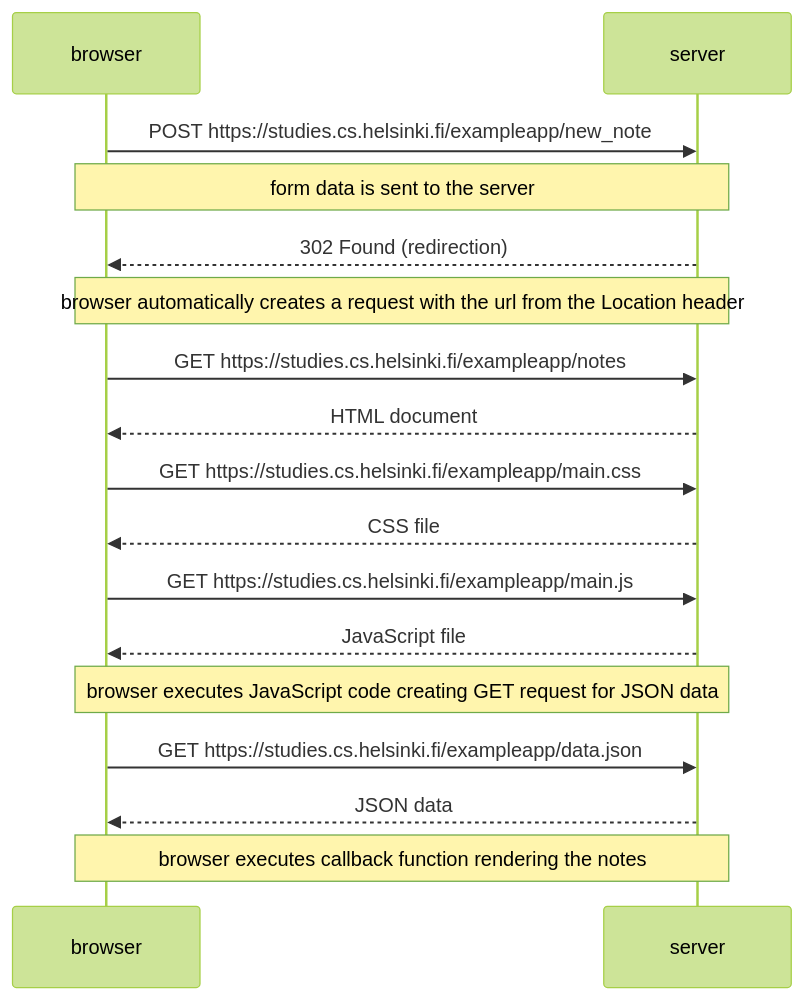
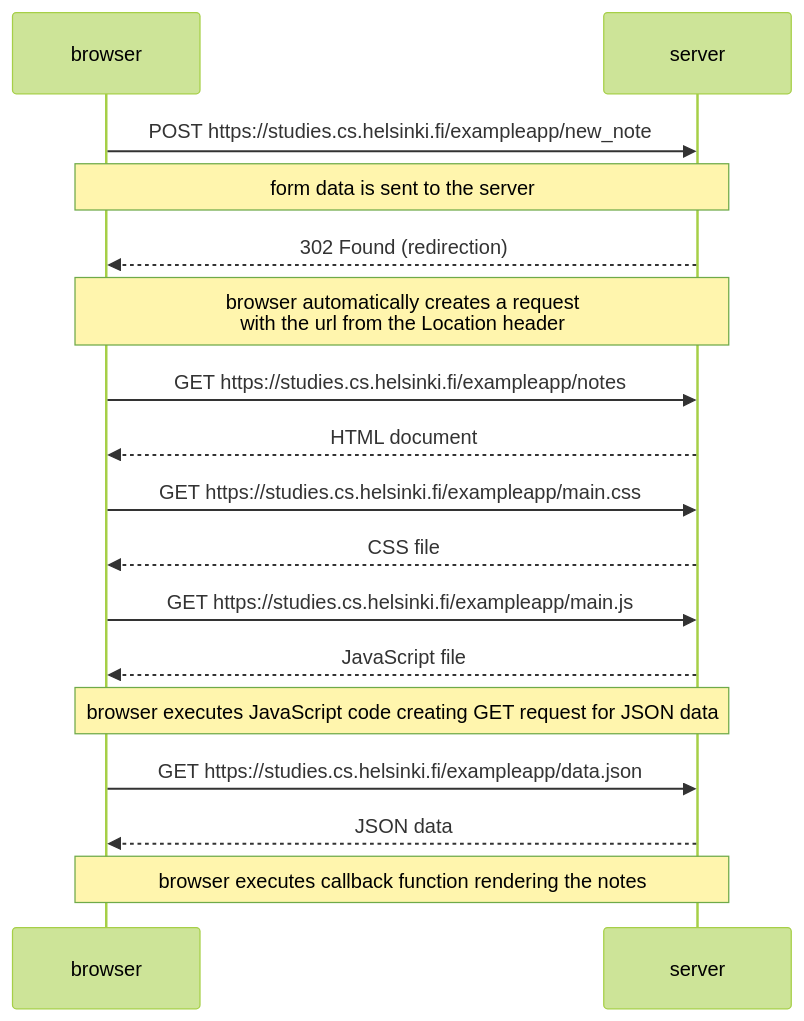
Before and after one commit to makelannika/full_stack_open: the diagram in part0/0.4.md, drawn with Mermaid (forest theme).

````diff
--- a/part0/0.4.md
+++ b/part0/0.4.md
@@ -1,28 +1,28 @@
 ```mermaid
 
 sequenceDiagram
     participant browser
     participant server
 
     browser->>server: POST https://studies.cs.helsinki.fi/exampleapp/new_note
 
     Note over browser, server: form data is sent to the server
 
     server-->>browser: 302 Found (redirection)
 
-    Note over browser, server: browser automatically creates a request with the url from the Location header
+    Note over browser, server: browser automatically creates a request<br/>with the url from the Location header
 
     browser->>server: GET https://studies.cs.helsinki.fi/exampleapp/notes
     server-->>browser: HTML document
     browser->>server: GET https://studies.cs.helsinki.fi/exampleapp/main.css
     server-->>browser: CSS file
     browser->>server: GET https://studies.cs.helsinki.fi/exampleapp/main.js
     server-->>browser: JavaScript file
 
     Note over browser, server: browser executes JavaScript code creating GET request for JSON data
 
     browser->>server: GET https://studies.cs.helsinki.fi/exampleapp/data.json
     server-->>browser: JSON data
 
     Note over browser, server: browser executes callback function rendering the notes
 ```
````
